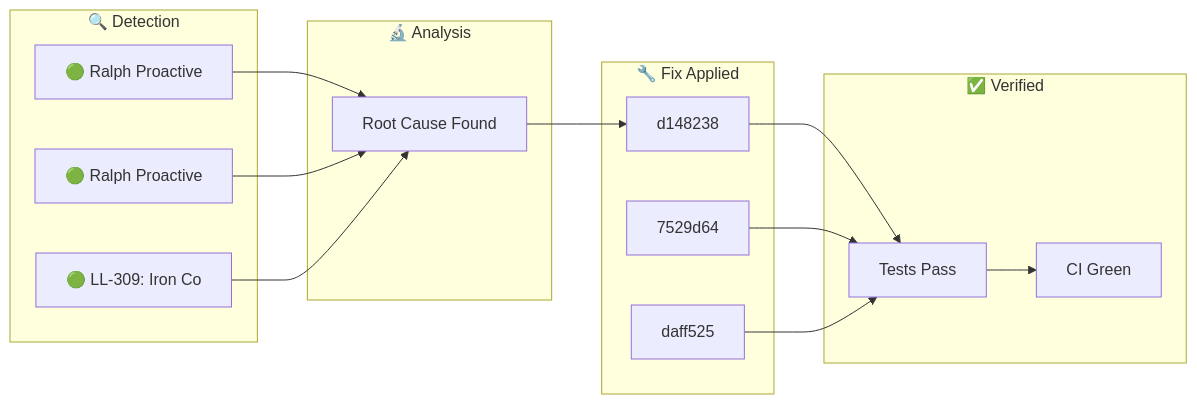
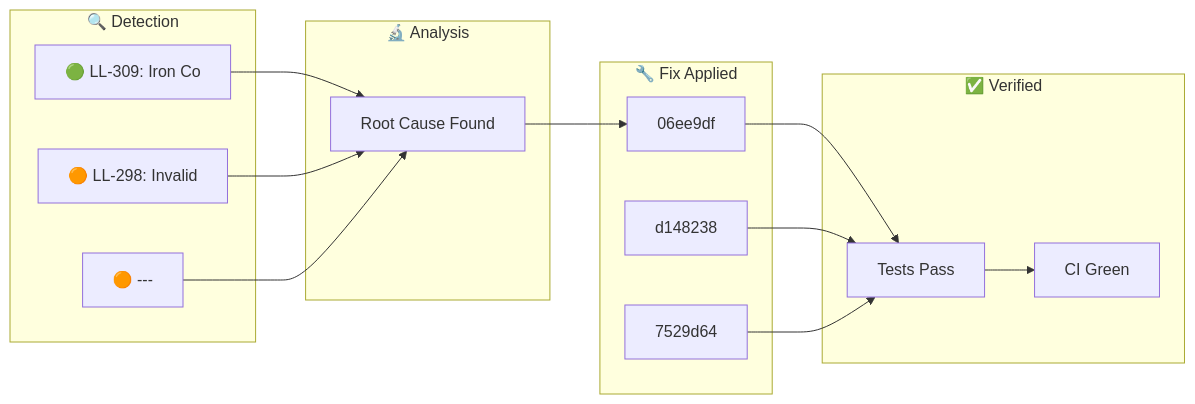
Before and after one commit to YoByron/trading: the diagram in docs/_posts/2026-01-27-ralph-discovery.md, drawn with Mermaid. The commit also changed other lines of this file, not shown here.

Commit message:
docs(ralph): Auto-publish discovery blog post

````diff
--- a/docs/_posts/2026-01-27-ralph-discovery.md
+++ b/docs/_posts/2026-01-27-ralph-discovery.md
@@ -17,28 +17,28 @@
 ```mermaid
 flowchart LR
     subgraph Detection["🔍 Detection"]
-        D1["🟢 Ralph Proactive"]
-        D2["🟢 Ralph Proactive"]
-        D3["🟢 LL-309: Iron Co"]
+        D1["🟢 LL-309: Iron Co"]
+        D2["🟠 LL-298: Invalid"]
+        D3["🟠 ---"]
     end
     subgraph Analysis["🔬 Analysis"]
         A1["Root Cause Found"]
     end
     subgraph Fix["🔧 Fix Applied"]
-        F1["d148238"]
-        F2["7529d64"]
-        F3["daff525"]
+        F1["06ee9df"]
+        F2["d148238"]
+        F3["7529d64"]
     end
     subgraph Verify["✅ Verified"]
         V1["Tests Pass"]
         V2["CI Green"]
     end
     D1 --> A1
     D2 --> A1
     D3 --> A1
     A1 --> F1
     F1 --> V1
     F2 --> V1
     F3 --> V1
     V1 --> V2
 ```
````
